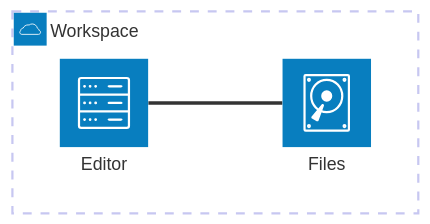
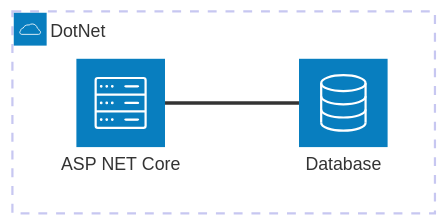
One commit to dotnet9/Vex changed diagram 15 of 24 in docs/演示文档/Mermaid 图表图鉴.md. Above: the diagram before and after it, drawn with Mermaid. The commit also changed other lines of this file and 23 other files, not shown here.

Commit message:
完善(演示文档)：围绕 .NET 与 Avalonia 重编示例并补齐 24 类图表

````diff
--- a/docs/演示文档/Mermaid 图表图鉴.md
+++ b/docs/演示文档/Mermaid 图表图鉴.md
@@ -209,7 +214,7 @@
 ```mermaid
 architecture-beta
-  group app(cloud)[Workspace]
-  service editor(server)[Editor] in app
-  service files(disk)[Files] in app
-  editor:R -- L:files
+  group app(cloud)[DotNet]
+  service api(server)[ASP NET Core] in app
+  service database(database)[Database] in app
+  api:R -- L:database
 ```
````
